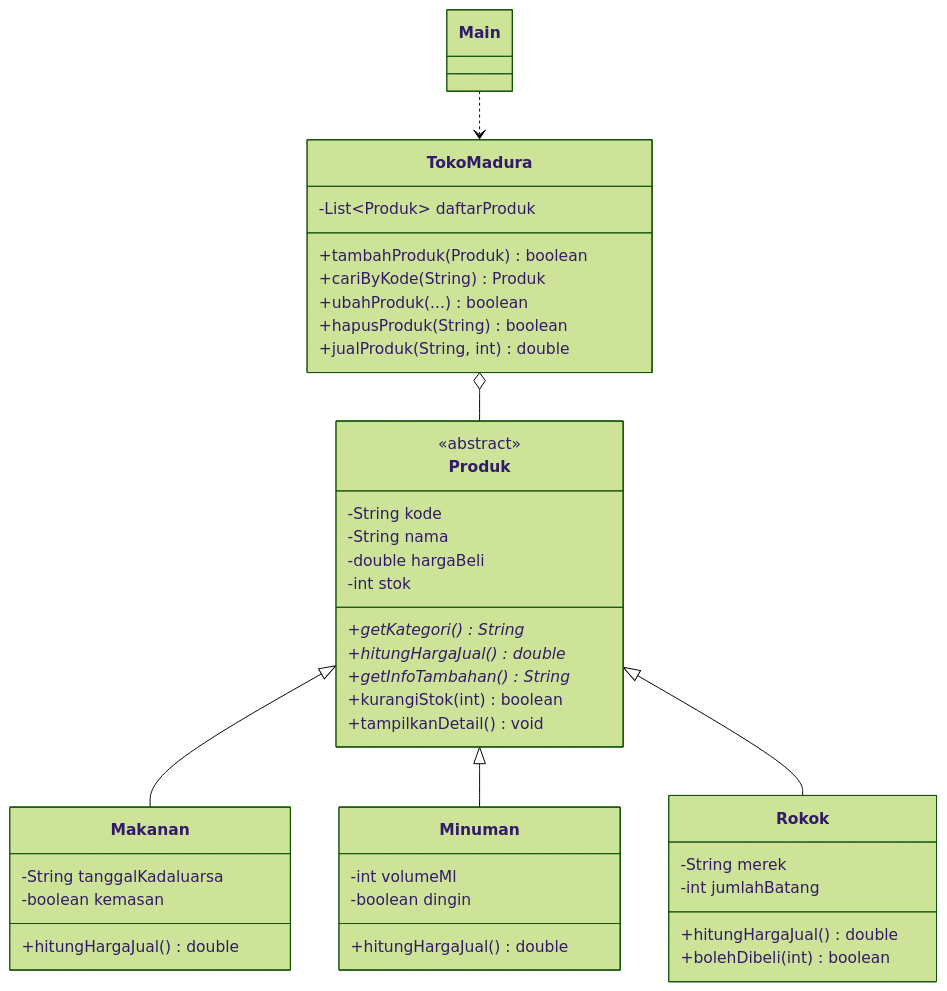
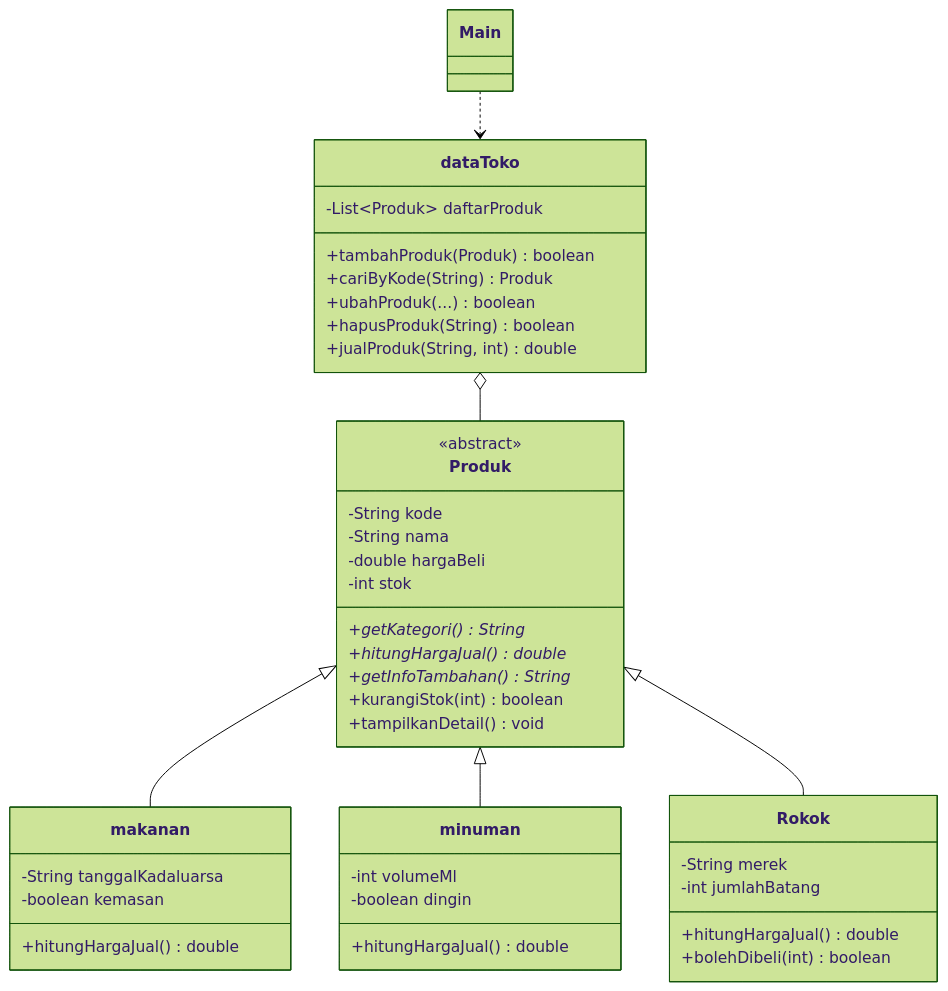
The diagram in README.md (kiwah12/Tugas_Individu_Matkul_PBO), drawn with Mermaid (forest theme) before and after one commit. The commit also changed other lines of this file, not shown here.

````diff
--- a/README.md
+++ b/README.md
@@ -112,44 +105,44 @@
 ```mermaid
 classDiagram
     class Produk {
         <<abstract>>
         -String kode
         -String nama
         -double hargaBeli
         -int stok
         +getKategori()* String
         +hitungHargaJual()* double
         +getInfoTambahan()* String
         +kurangiStok(int) boolean
         +tampilkanDetail() void
     }
-    class Makanan {
+    class makanan {
         -String tanggalKadaluarsa
         -boolean kemasan
         +hitungHargaJual() double
     }
-    class Minuman {
+    class minuman {
         -int volumeMl
         -boolean dingin
         +hitungHargaJual() double
     }
     class Rokok {
         -String merek
         -int jumlahBatang
         +hitungHargaJual() double
         +bolehDibeli(int) boolean
     }
-    class TokoMadura {
+    class dataToko   {
         -List~Produk~ daftarProduk
         +tambahProduk(Produk) boolean
         +cariByKode(String) Produk
         +ubahProduk(...) boolean
         +hapusProduk(String) boolean
         +jualProduk(String, int) double
     }
-    Produk <|-- Makanan
-    Produk <|-- Minuman
+    Produk <|-- makanan
+    Produk <|-- minuman
     Produk <|-- Rokok
-    TokoMadura o-- Produk
-    Main ..> TokoMadura
+    dataToko o-- Produk
+    Main ..> dataToko
 ```
````
